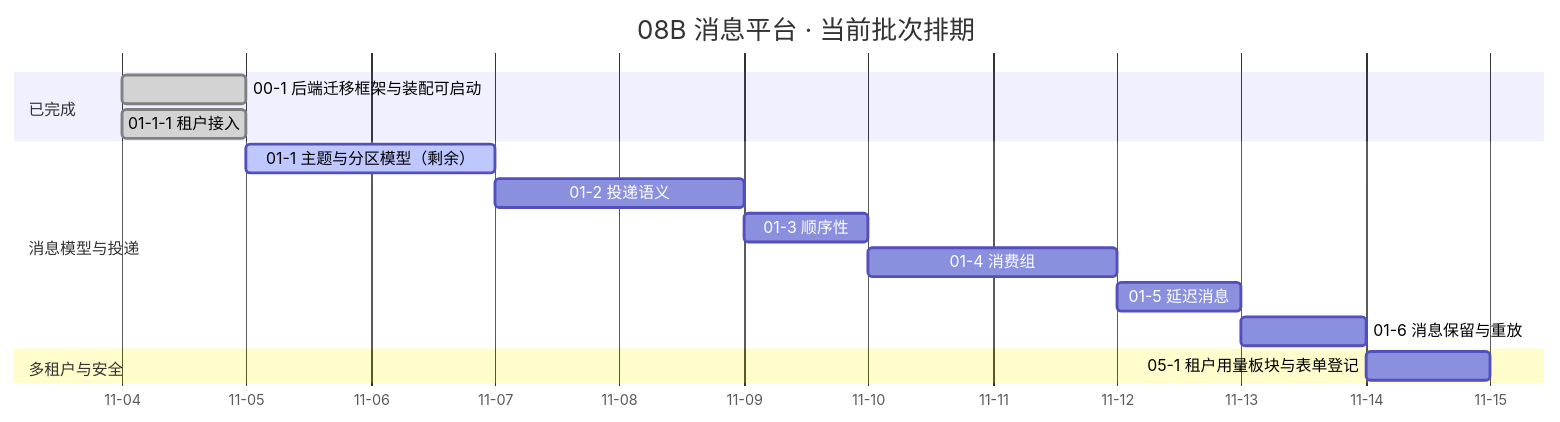
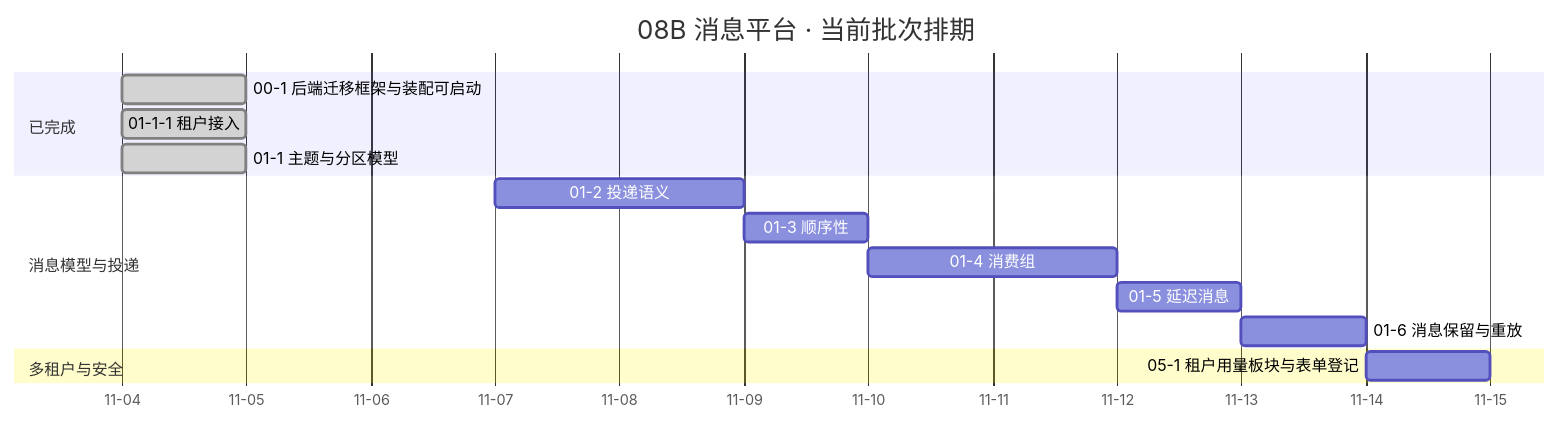
Before and after one commit to minjian123/message-platform: the diagram in msg文档/项目/08B_消息平台/计划/01_计划_消息平台.md, drawn with Mermaid. The commit also changed other lines of this file and 6 other files, not shown here.

````diff
--- a/msg文档/项目/08B_消息平台/计划/01_计划_消息平台.md
+++ b/msg文档/项目/08B_消息平台/计划/01_计划_消息平台.md
@@ -46,18 +46,18 @@
 ```mermaid
 gantt
     title 08B 消息平台 · 当前批次排期
     dateFormat YYYY-MM-DD
     axisFormat %m-%d
     section 已完成
     00-1 后端迁移框架与装配可启动 :done, d001, 2026-11-04, 1d
     01-1-1 租户接入 :done, d0111, 2026-11-04, 1d
+    01-1 主题与分区模型 :done, t011, 2026-11-04, 1d
     section 消息模型与投递
-    01-1 主题与分区模型（剩余） :active, t011, 2026-11-05, 2d
-    01-2 投递语义 :t012, after t011, 2d
+    01-2 投递语义 :t012, 2026-11-07, 2d
     01-3 顺序性 :t013, after t012, 1d
     01-4 消费组 :t014, after t013, 2d
     01-5 延迟消息 :t015, after t014, 1d
     01-6 消息保留与重放 :t016, after t015, 1d
     section 多租户与安全
     05-1 租户用量板块与表单登记 :t051, after t016, 1d
 ```
````
